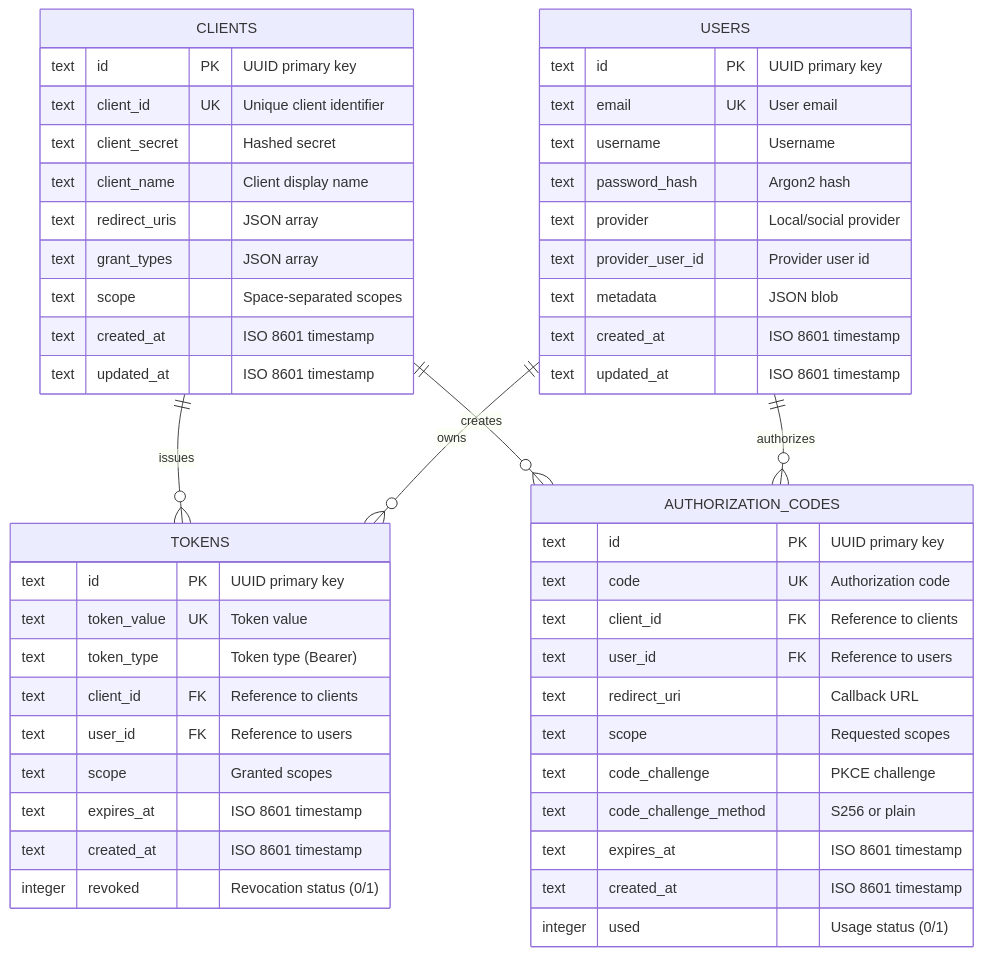
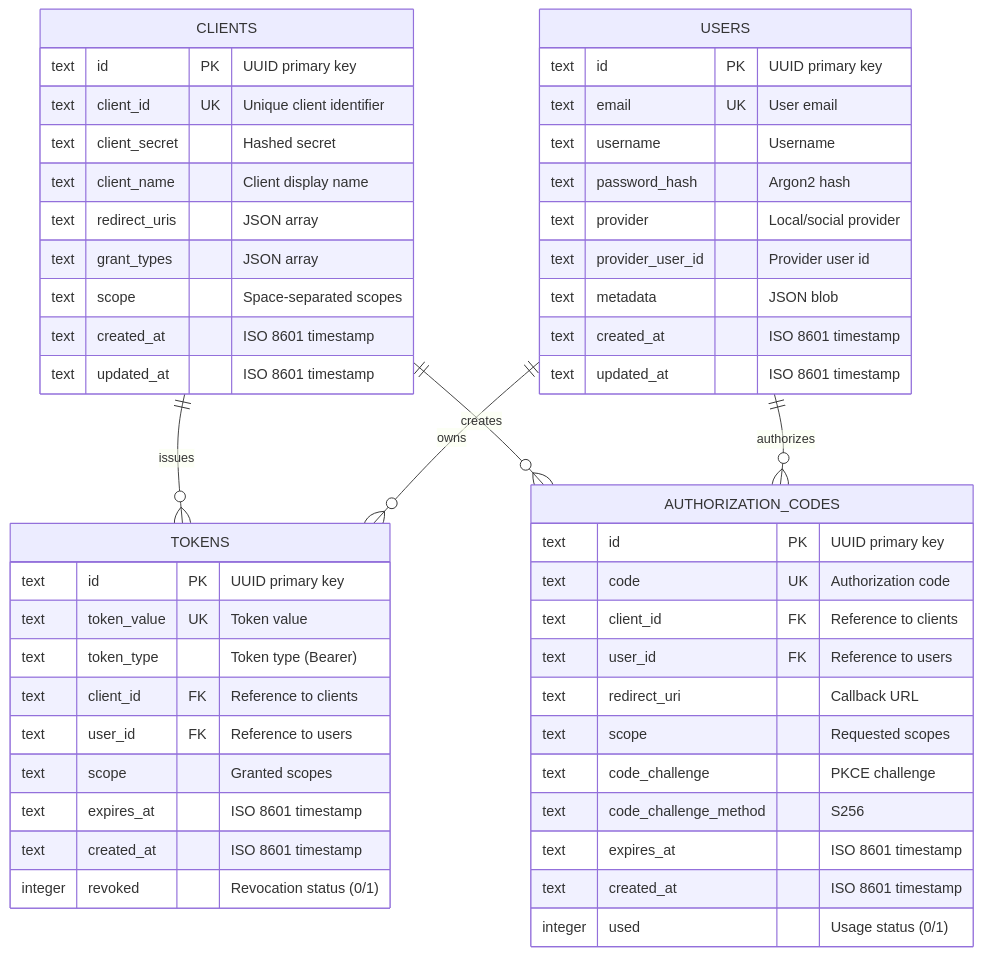
The third of 10 diagrams in docs/architecture/overview.md (ianlintner/rust_oauth2), drawn with Mermaid before and after one commit. The commit also changed other lines of this file and 21 other files, not shown here.

````diff
--- a/docs/architecture/overview.md
+++ b/docs/architecture/overview.md
@@ -197,57 +197,57 @@
 ```mermaid
 erDiagram
     CLIENTS ||--o{ TOKENS : issues
     CLIENTS ||--o{ AUTHORIZATION_CODES : creates
     USERS ||--o{ TOKENS : owns
     USERS ||--o{ AUTHORIZATION_CODES : authorizes
-    
+
     CLIENTS {
         text id PK "UUID primary key"
         text client_id UK "Unique client identifier"
         text client_secret "Hashed secret"
         text client_name "Client display name"
         text redirect_uris "JSON array"
         text grant_types "JSON array"
         text scope "Space-separated scopes"
         text created_at "ISO 8601 timestamp"
         text updated_at "ISO 8601 timestamp"
     }
-    
+
     TOKENS {
         text id PK "UUID primary key"
         text token_value UK "Token value"
         text token_type "Token type (Bearer)"
         text client_id FK "Reference to clients"
         text user_id FK "Reference to users"
         text scope "Granted scopes"
         text expires_at "ISO 8601 timestamp"
         text created_at "ISO 8601 timestamp"
         integer revoked "Revocation status (0/1)"
     }
-    
+
     AUTHORIZATION_CODES {
         text id PK "UUID primary key"
         text code UK "Authorization code"
         text client_id FK "Reference to clients"
         text user_id FK "Reference to users"
         text redirect_uri "Callback URL"
         text scope "Requested scopes"
         text code_challenge "PKCE challenge"
-        text code_challenge_method "S256 or plain"
+        text code_challenge_method "S256"
         text expires_at "ISO 8601 timestamp"
         text created_at "ISO 8601 timestamp"
         integer used "Usage status (0/1)"
     }
-    
+
     USERS {
         text id PK "UUID primary key"
         text email UK "User email"
         text username "Username"
         text password_hash "Argon2 hash"
         text provider "Local/social provider"
         text provider_user_id "Provider user id"
         text metadata "JSON blob"
         text created_at "ISO 8601 timestamp"
         text updated_at "ISO 8601 timestamp"
     }
 ```
````
